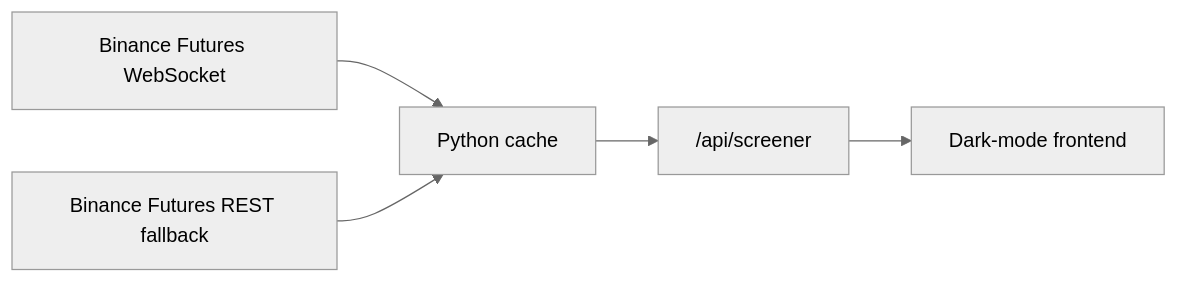
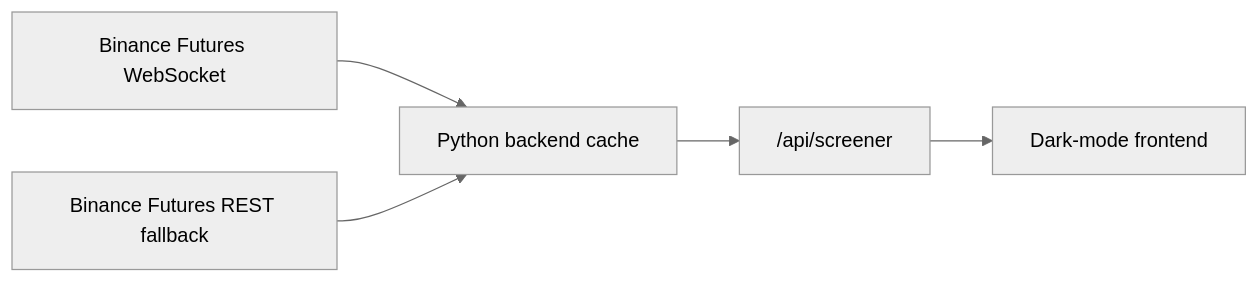
Before and after one commit to THECRYPTOTOM/binance-futures-screener: the diagram in README.md, drawn with Mermaid (neutral theme). The commit also changed other lines of this file and 3 other files, not shown here.

````diff
--- a/README.md
+++ b/README.md
@@ -23,7 +30,7 @@
 ```mermaid
 flowchart LR
-  A["Binance Futures WebSocket"] --> C["Python cache"]
+  A["Binance Futures WebSocket"] --> C["Python backend cache"]
   B["Binance Futures REST fallback"] --> C
   C --> D["/api/screener"]
   D --> E["Dark-mode frontend"]
 ```
````
